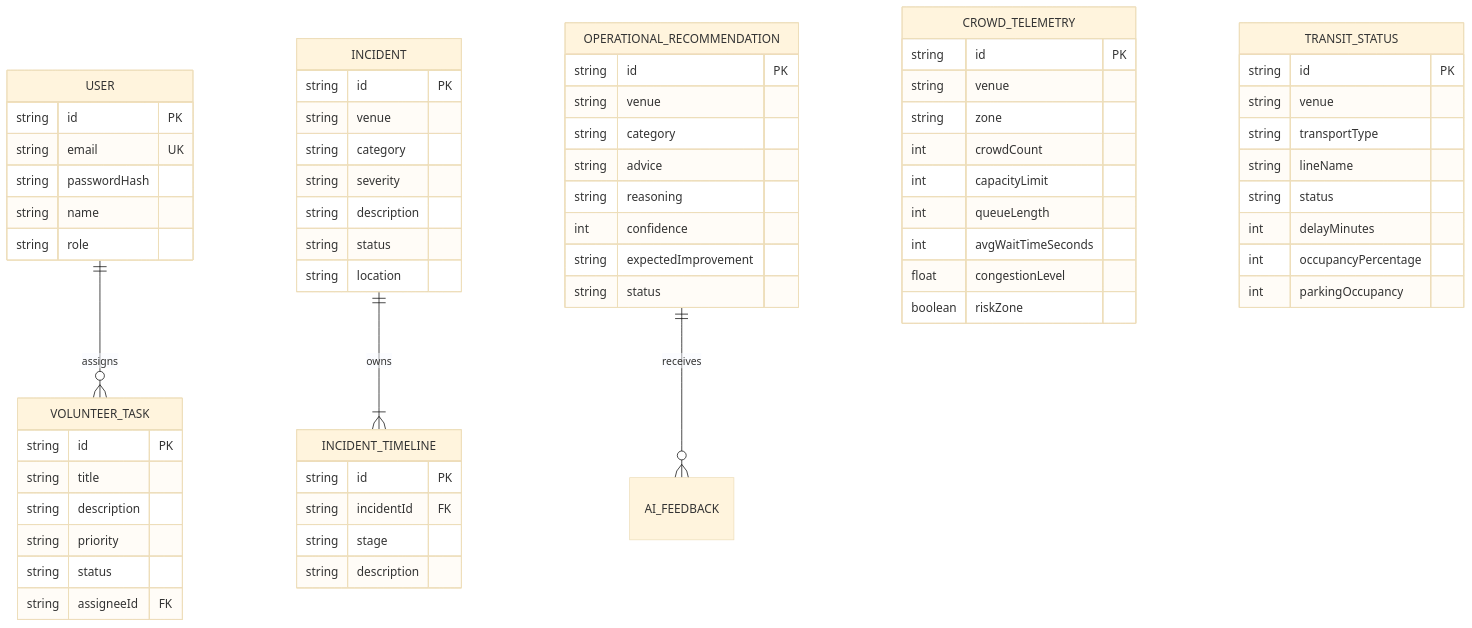
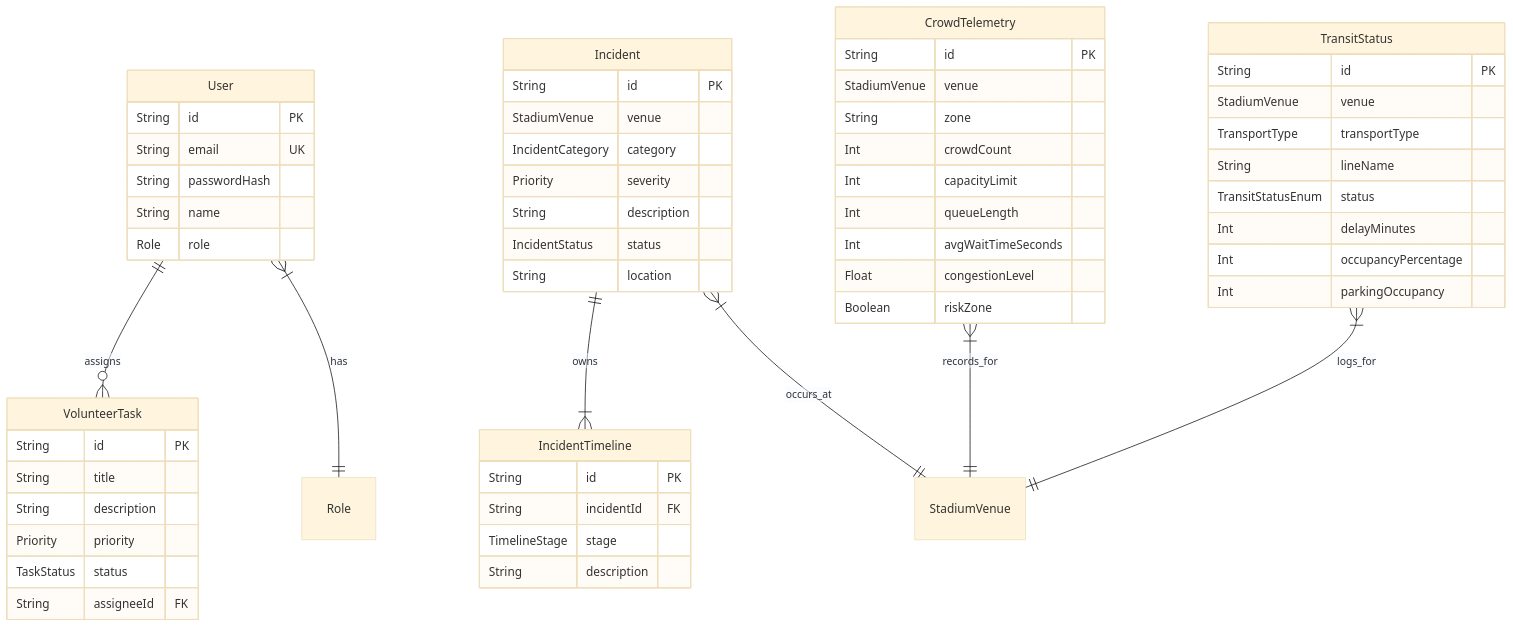
The fourth of 6 diagrams in README.md (varshiniv197-beep/StadiumIQ-AI), drawn with Mermaid (base theme) before and after one commit. The commit also changed other lines of this file, not shown here.

````diff
--- a/README.md
+++ b/README.md
@@ -47,74 +106,61 @@
 ```mermaid
 erDiagram
-    USER ||--o{ VOLUNTEER_TASK : assigns
-    INCIDENT ||--|{ INCIDENT_TIMELINE : owns
-    OPERATIONAL_RECOMMENDATION ||--o{ AI_FEEDBACK : receives
+    User ||--o{ VolunteerTask : assigns
+    Incident ||--|{ IncidentTimeline : owns
+    User }|--|| Role : has
+    Incident }|--|| StadiumVenue : occurs_at
+    CrowdTelemetry }|--|| StadiumVenue : records_for
+    TransitStatus }|--|| StadiumVenue : logs_for
 
-    USER {
-        string id PK
-        string email UK
-        string passwordHash
-        string name
-        string role
+    User {
+        String id PK
+        String email UK
+        String passwordHash
+        String name
+        Role role
     }
-
-    CROWD_TELEMETRY {
-        string id PK
-        string venue
-        string zone
-        int crowdCount
-        int capacityLimit
-        int queueLength
-        int avgWaitTimeSeconds
-        float congestionLevel
-        boolean riskZone
+    CrowdTelemetry {
+        String id PK
+        StadiumVenue venue
+        String zone
+        Int crowdCount
+        Int capacityLimit
+        Int queueLength
+        Int avgWaitTimeSeconds
+        Float congestionLevel
+        Boolean riskZone
     }
-
-    TRANSIT_STATUS {
-        string id PK
-        string venue
-        string transportType
-        string lineName
-        string status
-        int delayMinutes
-        int occupancyPercentage
-        int parkingOccupancy
+    TransitStatus {
+        String id PK
+        StadiumVenue venue
+        TransportType transportType
+        String lineName
+        TransitStatusEnum status
+        Int delayMinutes
+        Int occupancyPercentage
+        Int parkingOccupancy
     }
-
-    INCIDENT {
-        string id PK
-        string venue
-        string category
-        string severity
-        string description
-        string status
-        string location
+    Incident {
+        String id PK
+        StadiumVenue venue
+        IncidentCategory category
+        Priority severity
+        String description
+        IncidentStatus status
+        String location
     }
-
-    INCIDENT_TIMELINE {
-        string id PK
-        string incidentId FK
-        string stage
-        string description
+    IncidentTimeline {
+        String id PK
+        String incidentId FK
+        TimelineStage stage
+        String description
     }
-
-    VOLUNTEER_TASK {
-        string id PK
-        string title
-        string description
-        string priority
-        string status
-        string assigneeId FK
-    }
-
-    OPERATIONAL_RECOMMENDATION {
-        string id PK
-        string venue
-        string category
-        string advice
-        string reasoning
-        int confidence
-        string expectedImprovement
-        string status
+    VolunteerTask {
+        String id PK
+        String title
+        String description
+        Priority priority
+        TaskStatus status
+        String assigneeId FK
     }
 ```
````
